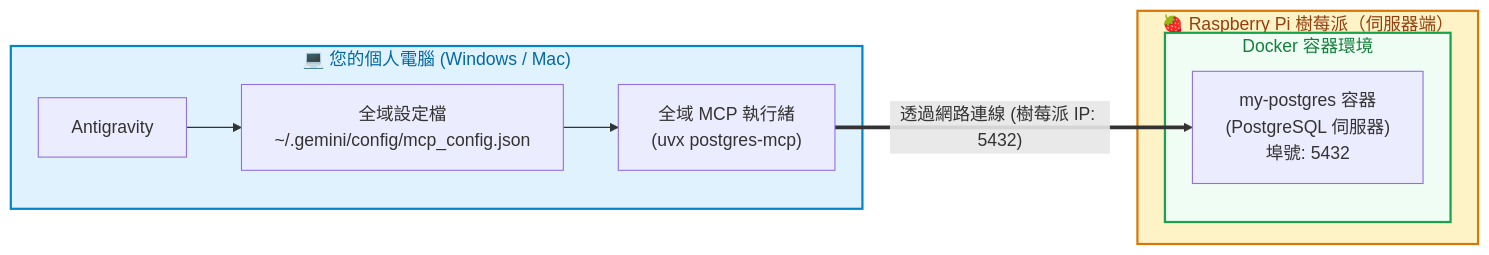
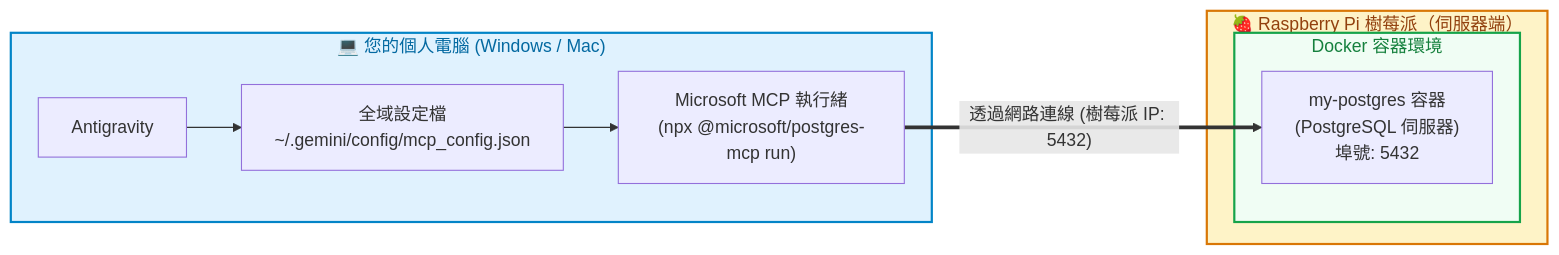
The diagram in raspberry_docker安裝/4_單獨安裝mcp_server.md (roberthsu2003/postgreSQL_MCP), drawn with Mermaid before and after one commit. The commit also changed other lines of this file and 1 other file, not shown here.

Commit message:
docs: update Gemini instructions and Raspberry Pi Docker installation guide for MCP server

````diff
--- a/raspberry_docker安裝/4_單獨安裝mcp_server.md
+++ b/raspberry_docker安裝/4_單獨安裝mcp_server.md
@@ -17,24 +18,24 @@
 ```mermaid
 graph LR
     subgraph Local ["💻 您的個人電腦 (Windows / Mac)"]
         AG["Antigravity"]
         Config["全域設定檔<br/>~/.gemini/config/mcp_config.json"]
-        MCPRunner["全域 MCP 執行緒<br/>(uvx postgres-mcp)"]
+        MCPRunner["Microsoft MCP 執行緒<br/>(npx @microsoft/postgres-mcp run)"]
         AG --> Config --> MCPRunner
     end
 
     subgraph Pi ["🍓 Raspberry Pi 樹莓派（伺服器端）"]
         subgraph Docker ["Docker 容器環境"]
-        PG["my-postgres 容器<br/>(PostgreSQL 伺服器)<br/>埠號: 5432"]
+            PG["my-postgres 容器<br/>(PostgreSQL 伺服器)<br/>埠號: 5432"]
         end
     end
 
     MCPRunner ==>|"透過網路連線 (樹莓派 IP: 5432)"| PG
 
     classDef client fill:#e0f2fe,stroke:#0284c7,stroke-width:2px,color:#0369a1
     classDef server fill:#fef3c7,stroke:#d97706,stroke-width:2px,color:#92400e
     classDef docker fill:#f0fdf4,stroke:#16a34a,stroke-width:2px,color:#15803d
     class Local client
     class Pi server
     class Docker docker
 ```
````
